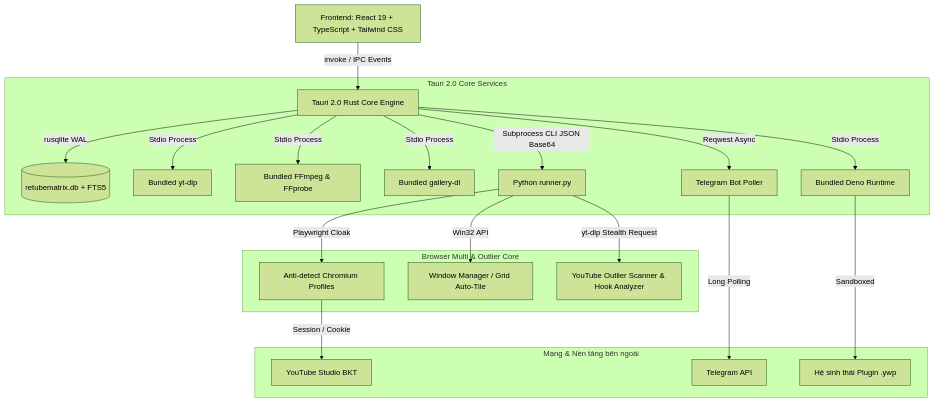
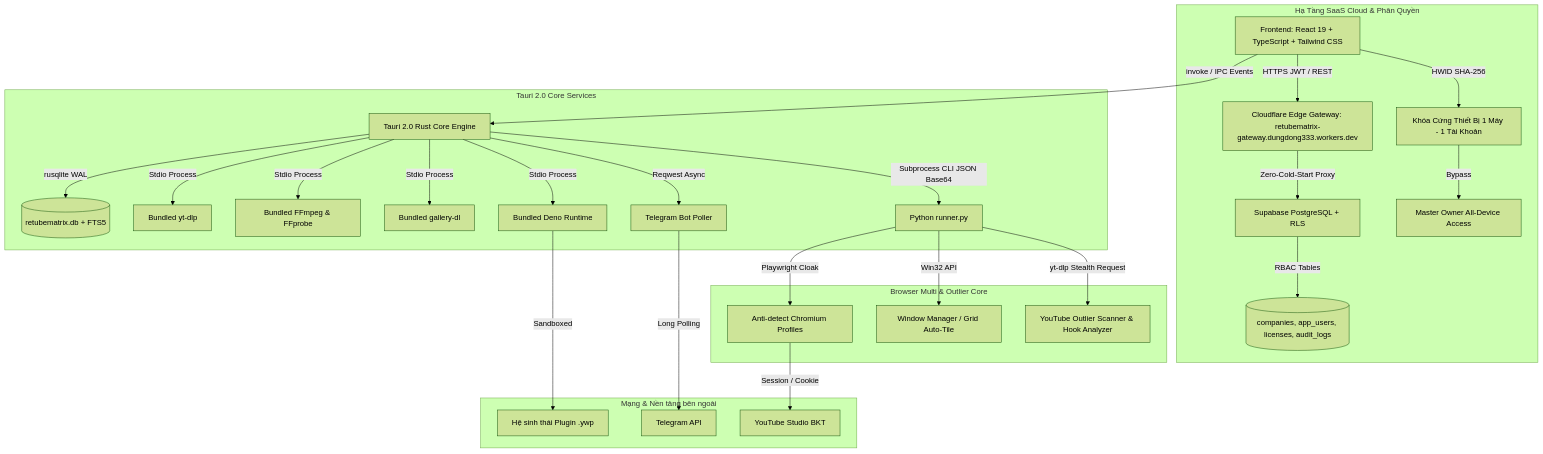
Before and after one commit to DungDT293/RETUBEMATRIX: the first of 6 diagrams in PROJECT_CONTEXT.md, drawn with Mermaid (forest theme). The commit also changed other lines of this file and 156 other files, not shown here.

````diff
--- a/PROJECT_CONTEXT.md
+++ b/PROJECT_CONTEXT.md
@@ -36,26 +38,34 @@
 ```mermaid
 flowchart TD
     UI[Frontend: React 19 + TypeScript + Tailwind CSS] -- invoke / IPC Events --> Rust[Tauri 2.0 Rust Core Engine]
+    UI -- HTTPS JWT / REST --> CF_GATEWAY[Cloudflare Edge Gateway: retubematrix-gateway.dungdong333.workers.dev]
     
+    subgraph SaaS_Cloud [Hạ Tầng SaaS Cloud & Phân Quyền]
+        CF_GATEWAY -- Zero-Cold-Start Proxy --> SUPABASE[Supabase PostgreSQL + RLS]
+        SUPABASE -- RBAC Tables --> TENANTS[(companies, app_users, licenses, audit_logs)]
+        UI -- HWID SHA-256 --> HWID_LOCK[Khóa Cứng Thiết Bị 1 Máy - 1 Tài Khoản]
+        HWID_LOCK -- Bypass --> OWNER_BYPASS[Master Owner All-Device Access]
+    end
+
     subgraph RustServices [Tauri 2.0 Core Services]
         Rust -- rusqlite WAL --> DB[(retubematrix.db + FTS5)]
         Rust -- Stdio Process --> YTDLP[Bundled yt-dlp]
         Rust -- Stdio Process --> FFMPEG[Bundled FFmpeg & FFprobe]
         Rust -- Stdio Process --> GALLERY[Bundled gallery-dl]
         Rust -- Stdio Process --> DENO[Bundled Deno Runtime]
         Rust -- Reqwest Async --> TELEGRAM[Telegram Bot Poller]
         Rust -- Subprocess CLI JSON Base64 --> RUNNER[Python runner.py]
     end
 
     subgraph BrowserEngine [Browser Multi & Outlier Core]
         RUNNER -- Playwright Cloak --> CHROMIUM[Anti-detect Chromium Profiles]
         RUNNER -- Win32 API --> WINDOWS[Window Manager / Grid Auto-Tile]
         RUNNER -- yt-dlp Stealth Request --> OUTLIERS[YouTube Outlier Scanner & Hook Analyzer]
     end
 
     subgraph ExternalPlatforms [Mạng & Nền tảng bên ngoài]
         CHROMIUM -- Session / Cookie --> YT_STUDIO[YouTube Studio BKT]
         TELEGRAM -- Long Polling --> TG_SERVERS[Telegram API]
         DENO -- Sandboxed --> PLUGINS[Hệ sinh thái Plugin .ywp]
     end
 ```
````
